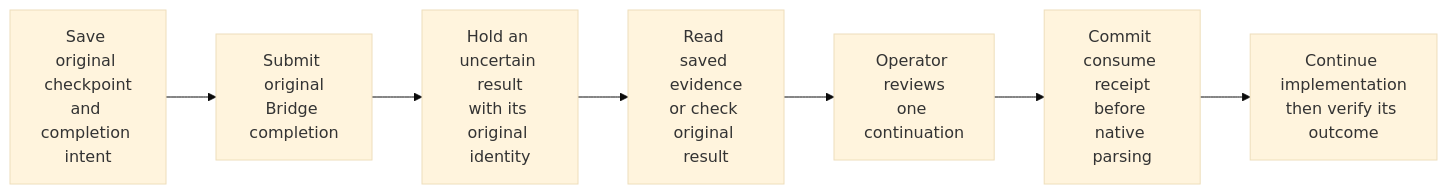
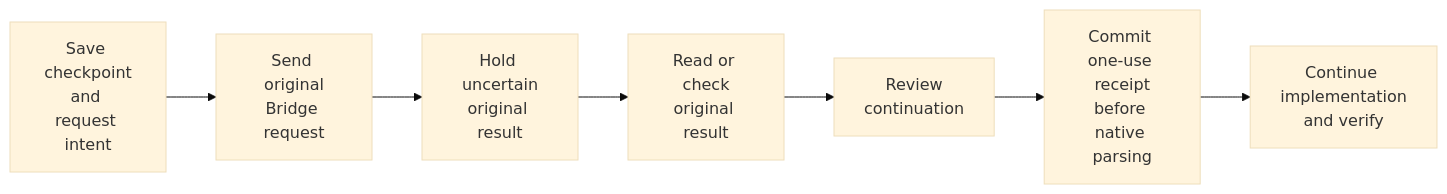
Before and after one commit to fireflyframework/firefly-forge: the first of 2 diagrams in docs/architecture.md, drawn with Mermaid (base theme). The commit also changed other lines of this file and 1 other file, not shown here.

Commit message:
Keep original-result recovery diagrams readable

````diff
--- a/docs/architecture.md
+++ b/docs/architecture.md
@@ -165,14 +165,14 @@
 ```mermaid
 ---
 config:
   flowchart:
     wrappingWidth: 96
 ---
 flowchart LR
-    A["Save original checkpoint<br/>and completion intent"] --> B["Submit original<br/>Bridge completion"]
-    B --> C["Hold an uncertain result<br/>with its original identity"]
-    C --> D["Read saved evidence<br/>or check original result"]
-    D --> E["Operator reviews<br/>one continuation"]
-    E --> F["Commit consume receipt<br/>before native parsing"]
-    F --> G["Continue implementation<br/>then verify its outcome"]
+    A["Save checkpoint<br/>and request intent"] --> B["Send original<br/>Bridge request"]
+    B --> C["Hold uncertain<br/>original result"]
+    C --> D["Read or check<br/>original result"]
+    D --> E["Review<br/>continuation"]
+    E --> F["Commit one-use receipt<br/>before native parsing"]
+    F --> G["Continue implementation<br/>and verify"]
 ```
````
